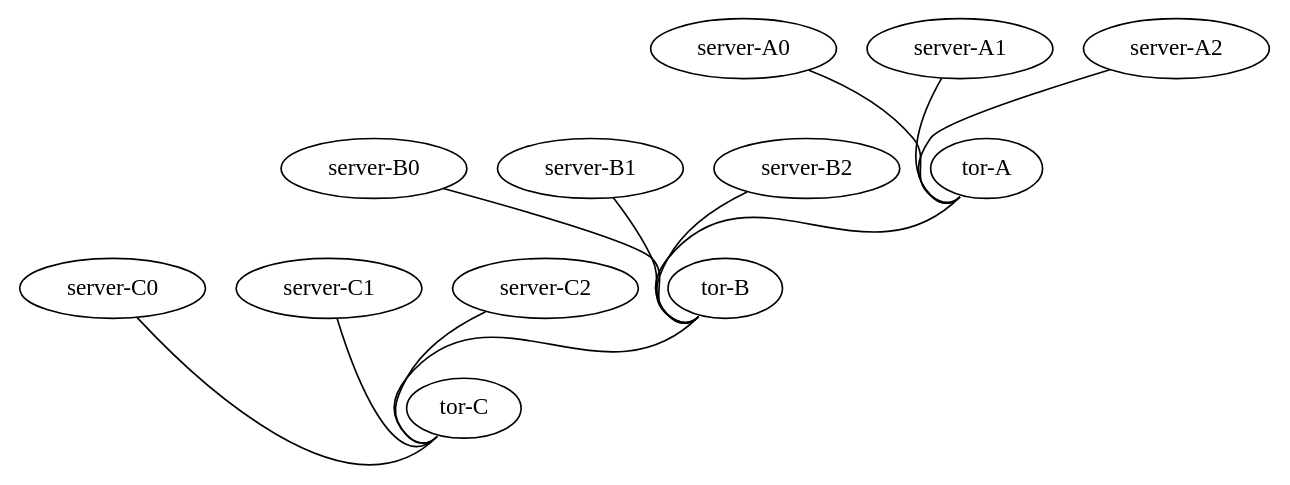
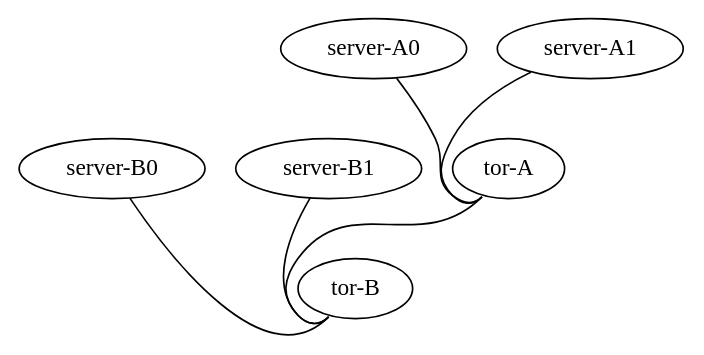
Before and after one commit to datacompucrs/DataCenter-1: the diagram in Vagrant/Get_Started/topology.dot, drawn with Graphviz. The commit also changed 45 other files, not shown here.

```diff
--- a/Vagrant/Get_Started/topology.dot
+++ b/Vagrant/Get_Started/topology.dot
@@ -1,29 +1,16 @@
 graph vx {
 "tor-A" [function="leaf" vagrant="eth1" os="hashicorp/bionic64" version="1.0.282" memory="600" config="./helper_scripts/config_production_switch.sh" ]
 "server-A0" [function="host" vagrant="eth3" os="hashicorp/bionic64" version="1.0.282" memory="600" config="./helper_scripts/config_production_server.sh" ]
 "server-A1" [function="host" vagrant="eth3" os="hashicorp/bionic64" version="1.0.282" memory="600" config="./helper_scripts/config_production_server.sh" ]
-"server-A2" [function="host" vagrant="eth3" os="hashicorp/bionic64" version="1.0.282" memory="600" config="./helper_scripts/config_production_server.sh" ]
 
 "tor-B" [function="leaf" vagrant="eth1" os="hashicorp/bionic64" version="1.0.282" memory="600" config="./helper_scripts/config_production_switch.sh" ]
 "server-B0" [function="host" vagrant="eth3" os="hashicorp/bionic64" version="1.0.282" memory="600" config="./helper_scripts/config_production_server.sh" ]
 "server-B1" [function="host" vagrant="eth3" os="hashicorp/bionic64" version="1.0.282" memory="600" config="./helper_scripts/config_production_server.sh" ]
-"server-B2" [function="host" vagrant="eth3" os="hashicorp/bionic64" version="1.0.282" memory="600" config="./helper_scripts/config_production_server.sh" ]
-
-"tor-C" [function="leaf" vagrant="eth1" os="hashicorp/bionic64" version="1.0.282" memory="600" config="./helper_scripts/config_production_switch.sh" ]
-"server-C0" [function="host" vagrant="eth3" os="hashicorp/bionic64" version="1.0.282" memory="600" config="./helper_scripts/config_production_server.sh" ]
-"server-C1" [function="host" vagrant="eth3" os="hashicorp/bionic64" version="1.0.282" memory="600" config="./helper_scripts/config_production_server.sh" ]
-"server-C2" [function="host" vagrant="eth3" os="hashicorp/bionic64" version="1.0.282" memory="600" config="./helper_scripts/config_production_server.sh" ]
 
 "tor-A":"swp50" -- "tor-B":"swp49"
-"tor-B":"swp50" -- "tor-C":"swp49"
 
 "server-A0":"eth1" -- "tor-A":"swp1" [left_mac="00:01:00:11:11:01"]
 "server-A1":"eth1" -- "tor-A":"swp2" [left_mac="00:01:00:22:22:02"]
-"server-A2":"eth1" -- "tor-A":"swp3" [left_mac="00:01:00:33:33:03"]
 "server-B0":"eth1" -- "tor-B":"swp1" [left_mac="00:02:00:11:11:01"]
 "server-B1":"eth1" -- "tor-B":"swp2" [left_mac="00:02:00:22:22:02"]
-"server-B2":"eth1" -- "tor-B":"swp3" [left_mac="00:02:00:33:33:03"]
-"server-C0":"eth1" -- "tor-C":"swp1" [left_mac="00:03:00:11:11:01"]
-"server-C1":"eth1" -- "tor-C":"swp2" [left_mac="00:03:00:22:22:02"]
-"server-C2":"eth1" -- "tor-C":"swp3" [left_mac="00:03:00:33:33:03"]
 }
```
